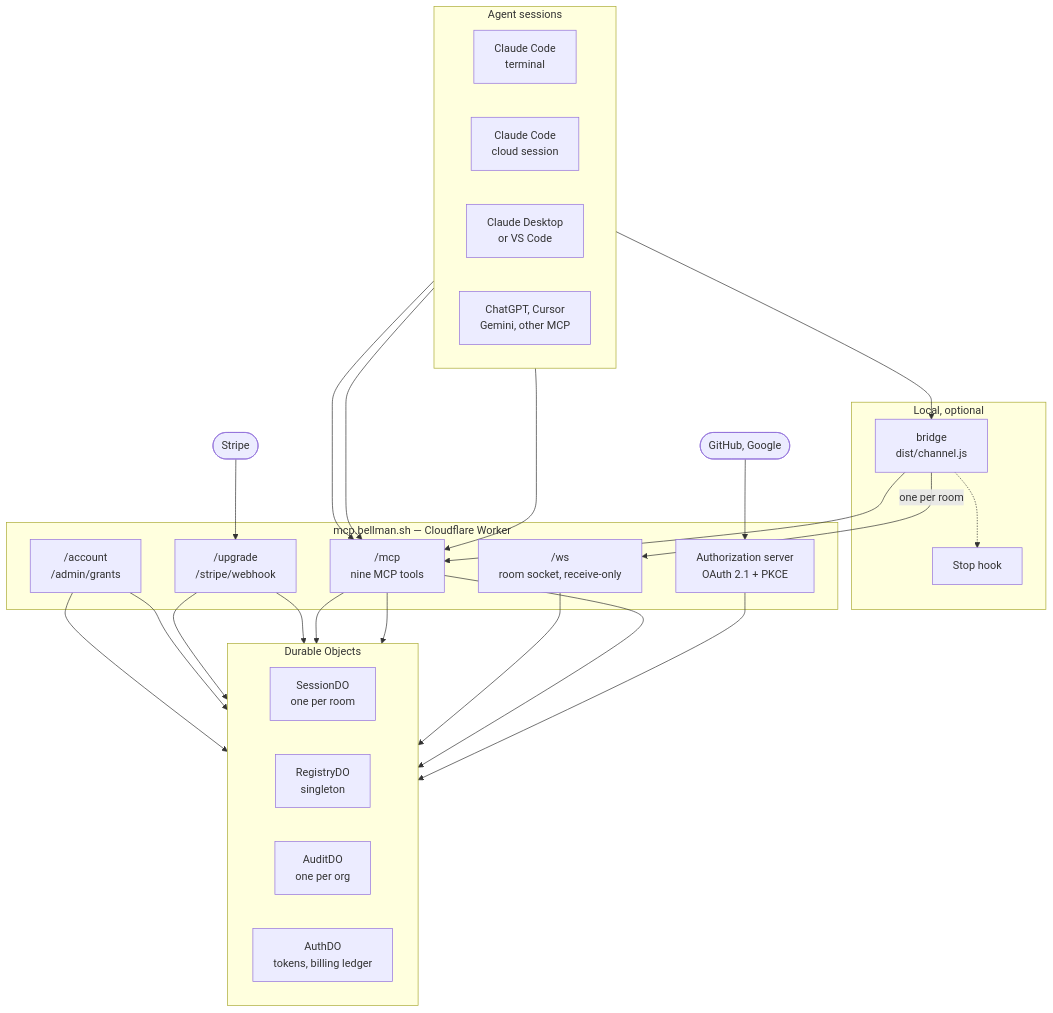
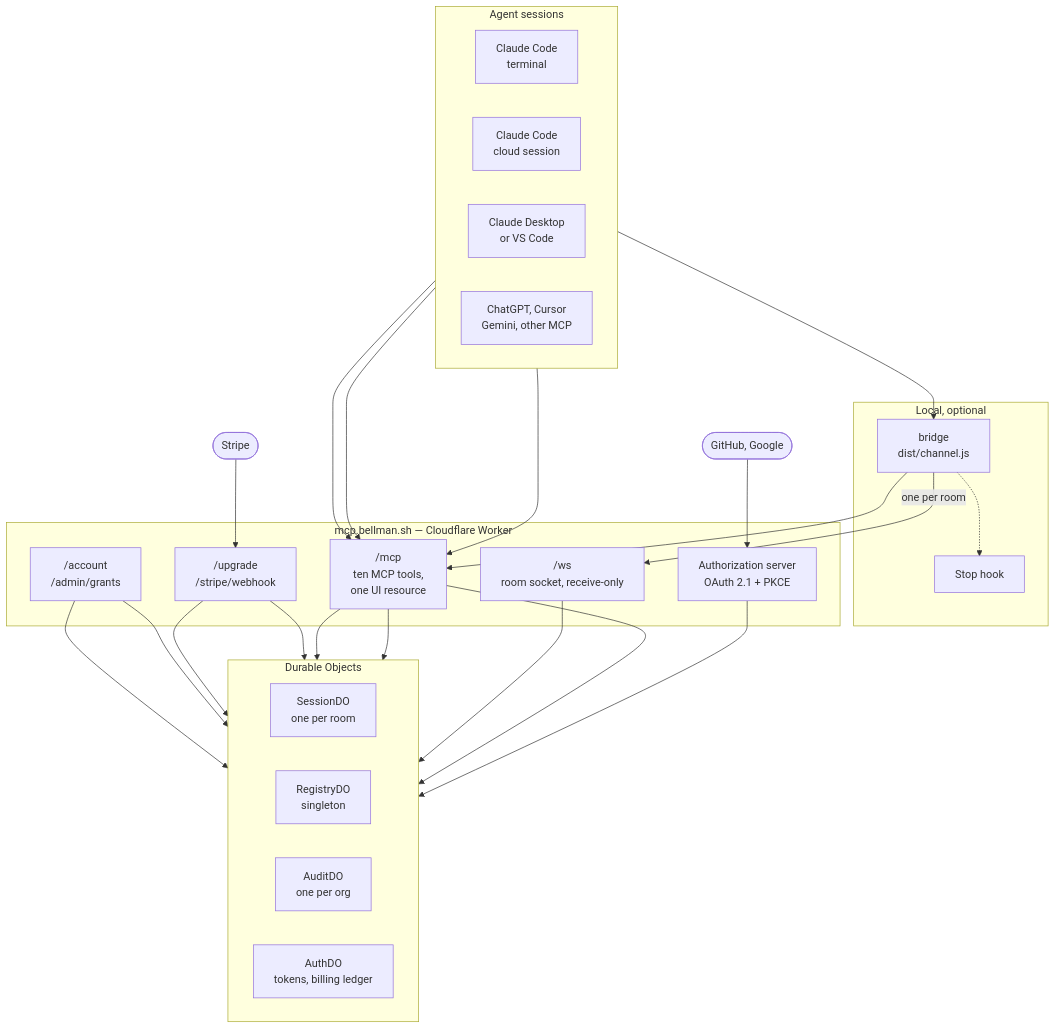
The first of 7 diagrams in docs/ARCHITECTURE.md (bellman-sh/bellman), drawn with Mermaid before and after one commit. The commit also changed other lines of this file and 2 other files, not shown here.

Commit message:
docs: tools first; bellman_rooms and the MCP Apps screens in README, ARCHITECTURE and CLAUDE.md

````diff
--- a/docs/ARCHITECTURE.md
+++ b/docs/ARCHITECTURE.md
@@ -47,52 +47,52 @@
 ```mermaid
 flowchart TB
     subgraph surfaces["Agent sessions"]
         direction LR
         CCT["Claude Code<br/>terminal"]
         CCC["Claude Code<br/>cloud session"]
         DESK["Claude Desktop<br/>or VS Code"]
         OTHER["ChatGPT, Cursor<br/>Gemini, other MCP"]
     end
 
     subgraph local["Local, optional"]
         BRIDGE["bridge<br/>dist/channel.js"]
         HOOK["Stop hook"]
     end
 
     subgraph edge["mcp.bellman.sh — Cloudflare Worker"]
         AS["Authorization server<br/>OAuth 2.1 + PKCE"]
-        MCP["/mcp<br/>nine MCP tools"]
+        MCP["/mcp<br/>ten MCP tools,<br/>one UI resource"]
         WS["/ws<br/>room socket, receive-only"]
         BILL["/upgrade<br/>/stripe/webhook"]
         ADMIN["/account<br/>/admin/grants"]
     end
 
     subgraph store["Durable Objects"]
         direction LR
         SDO["SessionDO<br/>one per room"]
         RDO["RegistryDO<br/>singleton"]
         ADO["AuditDO<br/>one per org"]
         AUTH["AuthDO<br/>tokens, billing ledger"]
     end
 
     CCT --> BRIDGE
     BRIDGE --> MCP
     BRIDGE -->|"one per room"| WS
     BRIDGE -.-> HOOK
     CCC --> MCP
     DESK --> MCP
     OTHER --> MCP
 
     AS --> AUTH
     MCP --> SDO
     WS --> SDO
     MCP --> RDO
     MCP --> ADO
     BILL --> AUTH
     BILL --> RDO
     ADMIN --> RDO
     ADMIN --> ADO
 
     STRIPE(["Stripe"]) --> BILL
     IDP(["GitHub, Google"]) --> AS
 ```
````
